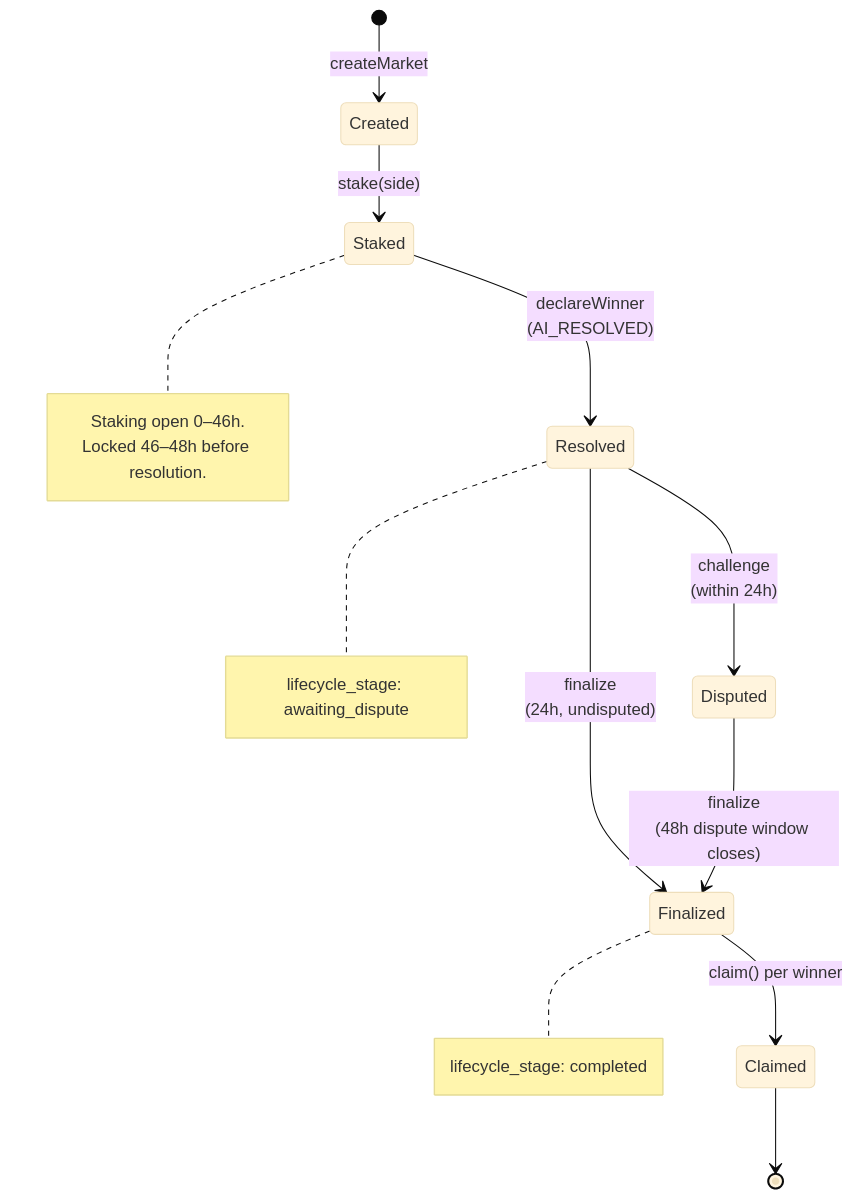
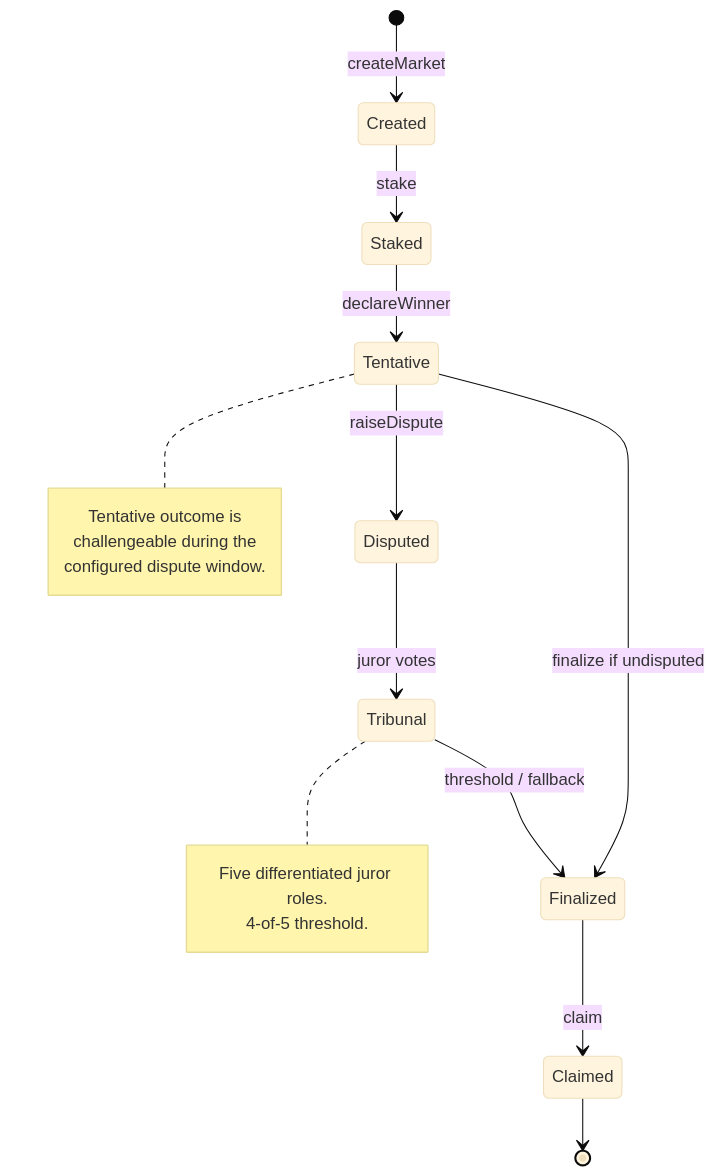
The fifth of 13 diagrams in README.md (blocknine0/geomacro), drawn with Mermaid (base theme) before and after one commit. The commit also changed other lines of this file, not shown here.

````diff
--- a/README.md
+++ b/README.md
@@ -178,22 +302,23 @@
 ```mermaid
 stateDiagram-v2
     [*] --> Created: createMarket
-    Created --> Staked: stake(side)
-    Staked --> Resolved: declareWinner<br/>(AI_RESOLVED)
-    Resolved --> Disputed: challenge<br/>(within 24h)
-    Resolved --> Finalized: finalize<br/>(24h, undisputed)
-    Disputed --> Finalized: finalize<br/>(48h dispute window closes)
-    Finalized --> Claimed: claim() per winner
+    Created --> Staked: stake
+    Staked --> Tentative: declareWinner
+    Tentative --> Disputed: raiseDispute
+    Tentative --> Finalized: finalize if undisputed
+    Disputed --> Tribunal: juror votes
+    Tribunal --> Finalized: threshold / fallback
+    Finalized --> Claimed: claim
     Claimed --> [*]
 
-    note right of Staked
-      Staking open 0–46h.
-      Locked 46–48h before resolution.
+    note right of Tentative
+      Tentative outcome is
+      challengeable during the
+      configured dispute window.
     end note
-    note right of Resolved
-      lifecycle_stage: awaiting_dispute
-    end note
-    note right of Finalized
-      lifecycle_stage: completed
+
+    note right of Tribunal
+      Five differentiated juror roles.
+      4-of-5 threshold.
     end note
 ```
````
